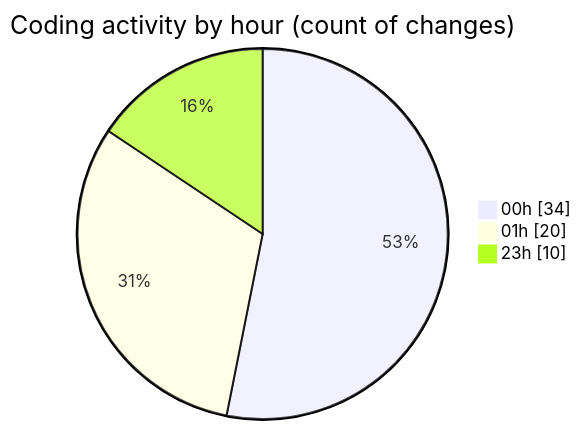
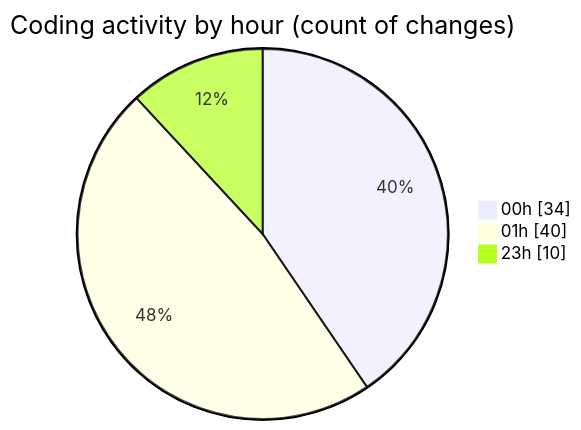
Before and after one commit to lephambinh05/code-tracking: the second of 2 diagrams in 2025-07-15/nhahang/README.md, drawn with Mermaid. The commit also changed other lines of this file and 1 other file, not shown here.

````diff
--- a/2025-07-15/nhahang/README.md
+++ b/2025-07-15/nhahang/README.md
@@ -60,7 +70,7 @@
 ```mermaid
 pie showData
 title Coding activity by hour (count of changes)
 "00h" : 34
-"01h" : 20
+"01h" : 40
 "23h" : 10
 ```
````
